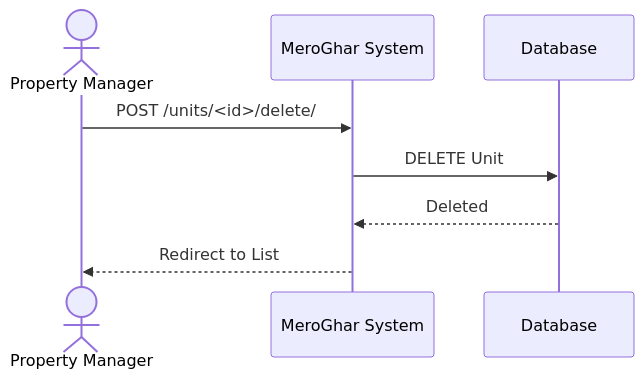
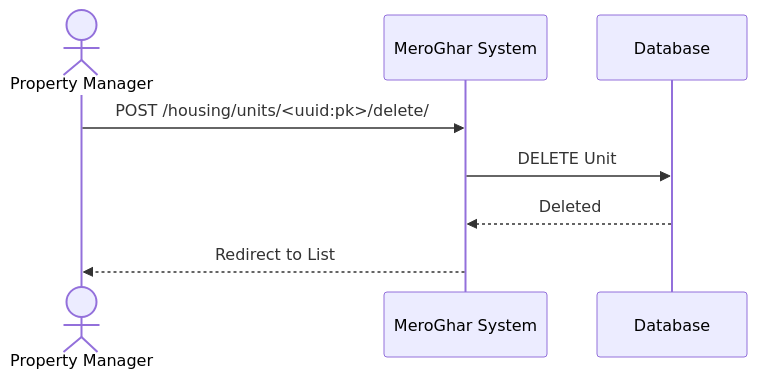
One commit to 0Ankit0/meroghar changed the fourth of 4 diagrams in docs/workflows/unit.md. Above: the diagram before and after it, drawn with Mermaid. The commit also changed other lines of this file and 12 other files, not shown here.

````diff
--- a/docs/workflows/unit.md
+++ b/docs/workflows/unit.md
@@ -77,11 +77,11 @@
 ```mermaid
 sequenceDiagram
     actor User as Property Manager
     participant System as MeroGhar System
     participant DB as Database
 
-    User->>System: POST /units/<id>/delete/
+    User->>System: POST /housing/units/<uuid:pk>/delete/
     System->>DB: DELETE Unit
     DB-->>System: Deleted
     System-->>User: Redirect to List
 ```
````
